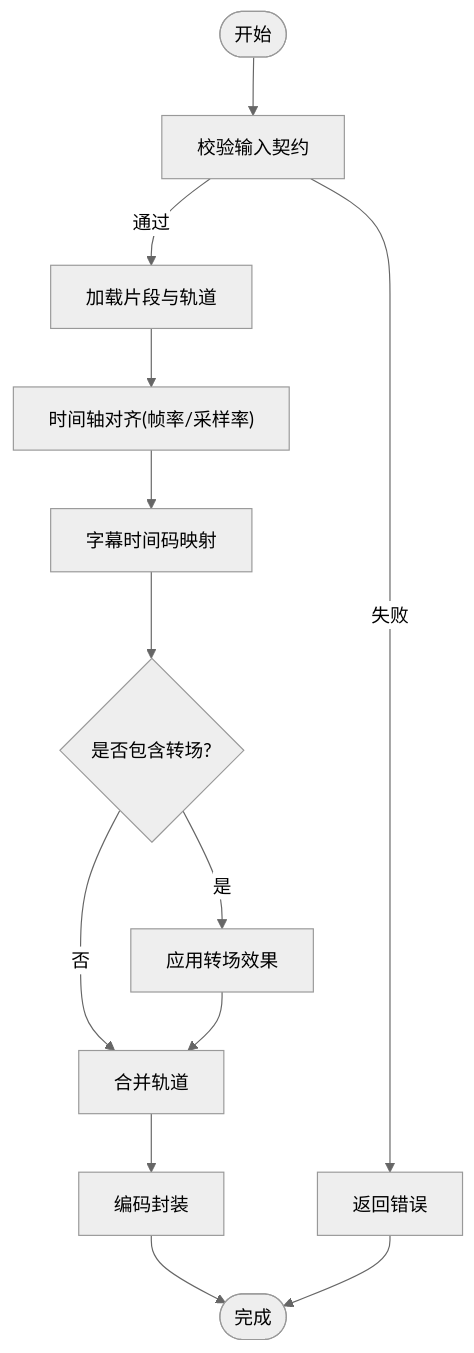
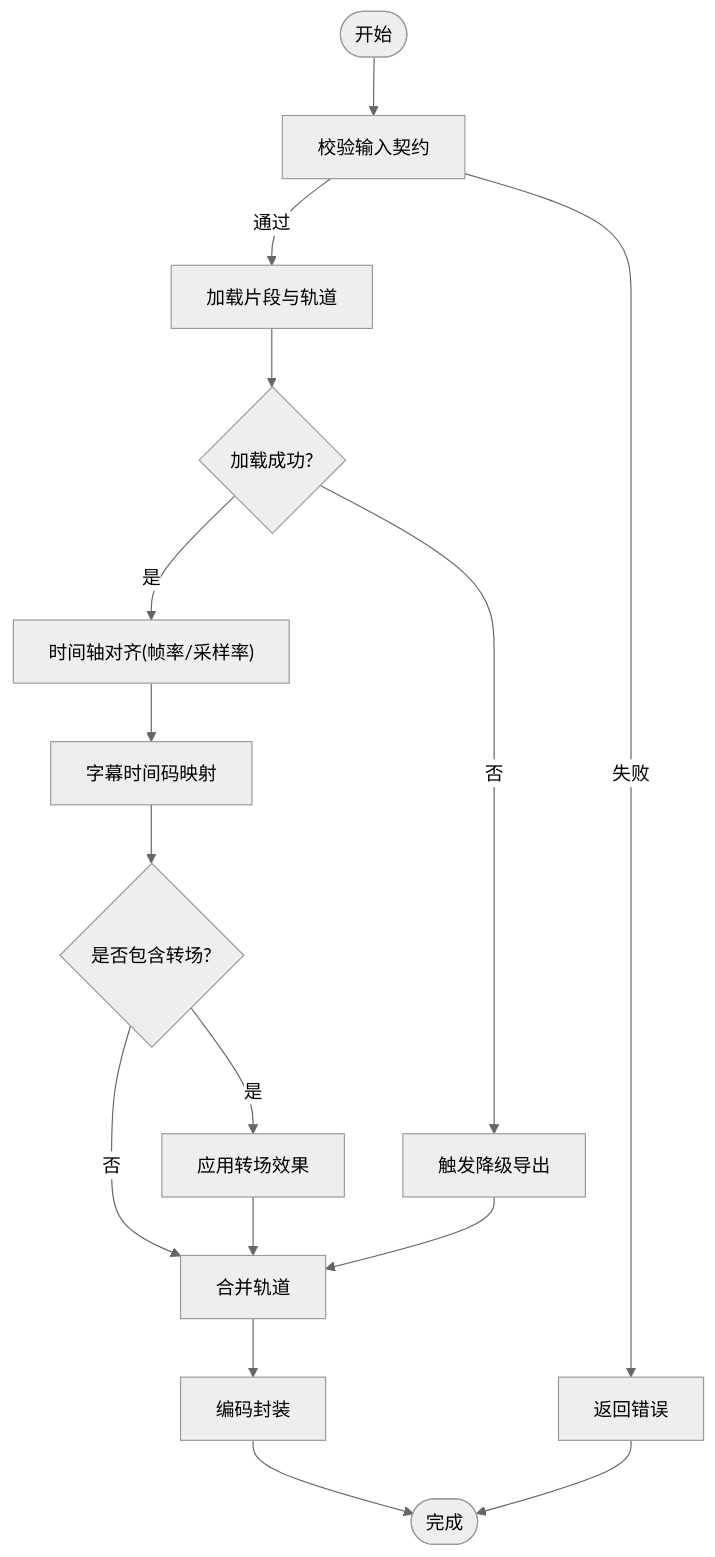
One commit to scottcwy/PurpleInk changed the third of 6 diagrams in .qoder/repowiki/zh/content/渲染引擎/渲染流水线/媒体组装引擎.md. Above: the diagram before and after it, drawn with Mermaid (neutral theme). The commit also changed other lines of this file and 109 other files, not shown here.

````diff
--- a/.qoder/repowiki/zh/content/渲染引擎/渲染流水线/媒体组装引擎.md
+++ b/.qoder/repowiki/zh/content/渲染引擎/渲染流水线/媒体组装引擎.md
@@ -190,15 +185,18 @@
 ```mermaid
 flowchart TD
 Start(["开始"]) --> Validate["校验输入契约"]
 Validate --> |通过| Load["加载片段与轨道"]
 Validate --> |失败| Error["返回错误"]
-Load --> Align["时间轴对齐(帧率/采样率)"]
+Load --> Check{"加载成功?"}
+Check --> |是| Align["时间轴对齐(帧率/采样率)"]
+Check --> |否| Degraded["触发降级导出"]
 Align --> Subtitle["字幕时间码映射"]
 Subtitle --> Transition{"是否包含转场?"}
 Transition --> |是| ApplyTrans["应用转场效果"]
 Transition --> |否| Merge["合并轨道"]
 ApplyTrans --> Merge
 Merge --> Encode["编码封装"]
 Encode --> Done(["完成"])
 Error --> Done
+Degraded --> Merge
 ```
````
